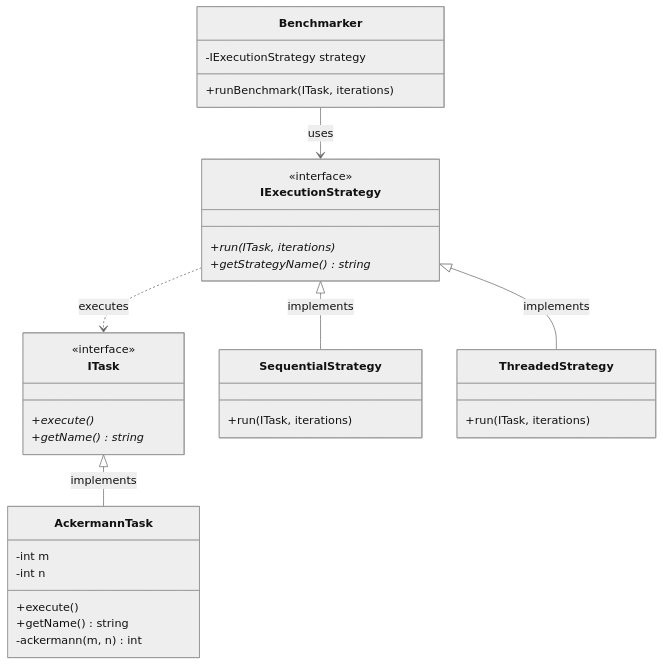
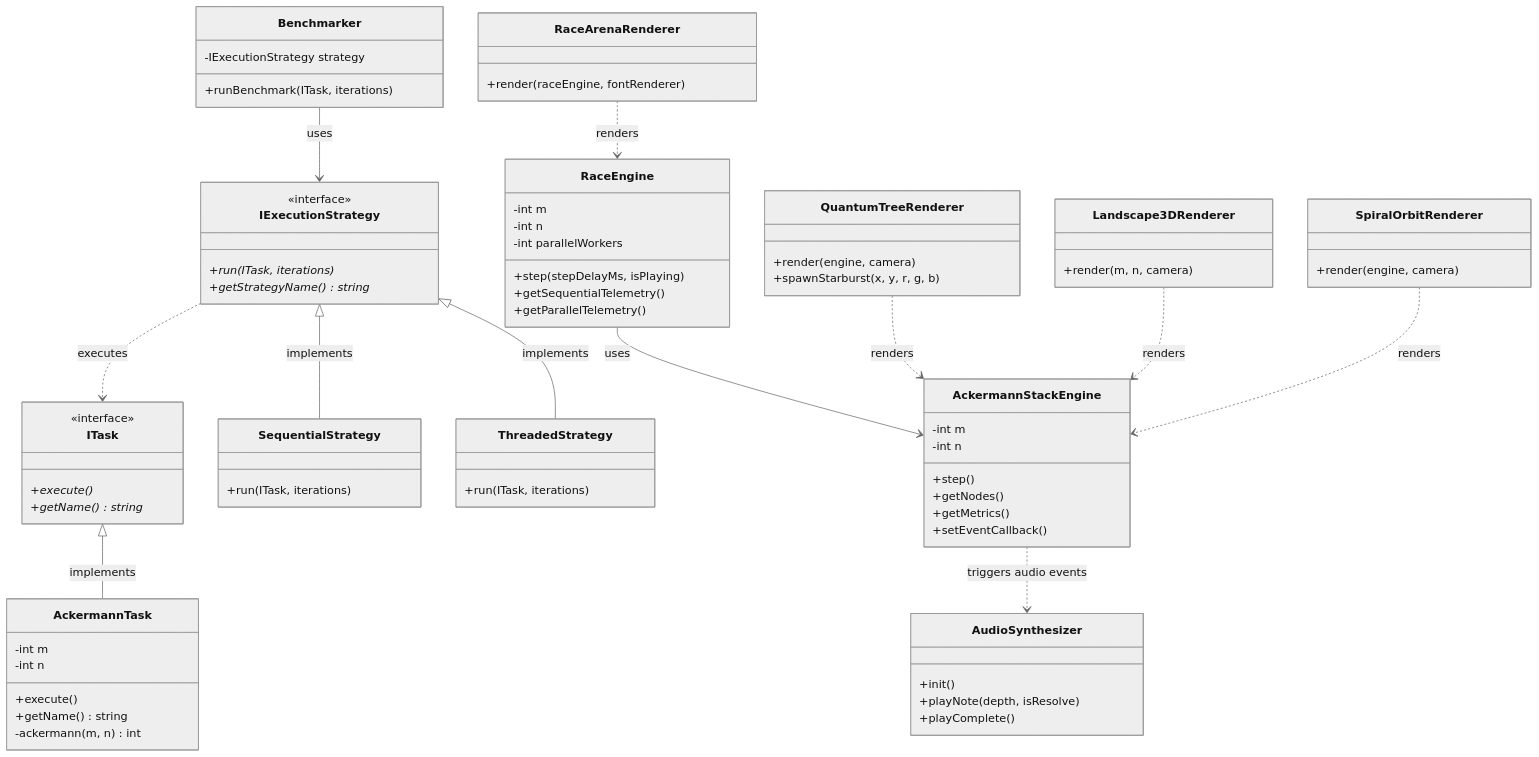
Before and after one commit to AhmadHassan-BTed/ThreadRace: the second of 3 diagrams in docs/architecture.md, drawn with Mermaid (neutral theme). The commit also changed other lines of this file and 8 other files, not shown here.

````diff
--- a/docs/architecture.md
+++ b/docs/architecture.md
@@ -49,9 +127,56 @@
         +runBenchmark(ITask, iterations)
     }
 
+    class AckermannStackEngine {
+        -int m
+        -int n
+        +step()
+        +getNodes()
+        +getMetrics()
+        +setEventCallback()
+    }
+
+    class RaceEngine {
+        -int m
+        -int n
+        -int parallelWorkers
+        +step(stepDelayMs, isPlaying)
+        +getSequentialTelemetry()
+        +getParallelTelemetry()
+    }
+
+    class AudioSynthesizer {
+        +init()
+        +playNote(depth, isResolve)
+        +playComplete()
+    }
+
+    class QuantumTreeRenderer {
+        +render(engine, camera)
+        +spawnStarburst(x, y, r, g, b)
+    }
+
+    class Landscape3DRenderer {
+        +render(m, n, camera)
+    }
+
+    class SpiralOrbitRenderer {
+        +render(engine, camera)
+    }
+
+    class RaceArenaRenderer {
+        +render(raceEngine, fontRenderer)
+    }
+
     ITask <|-- AckermannTask : implements
     IExecutionStrategy <|-- SequentialStrategy : implements
     IExecutionStrategy <|-- ThreadedStrategy : implements
     Benchmarker --> IExecutionStrategy : uses
     IExecutionStrategy ..> ITask : executes
+    RaceEngine --> AckermannStackEngine : uses
+    QuantumTreeRenderer ..> AckermannStackEngine : renders
+    Landscape3DRenderer ..> AckermannStackEngine : renders
+    SpiralOrbitRenderer ..> AckermannStackEngine : renders
+    RaceArenaRenderer ..> RaceEngine : renders
+    AckermannStackEngine ..> AudioSynthesizer : triggers audio events
 ```
````
